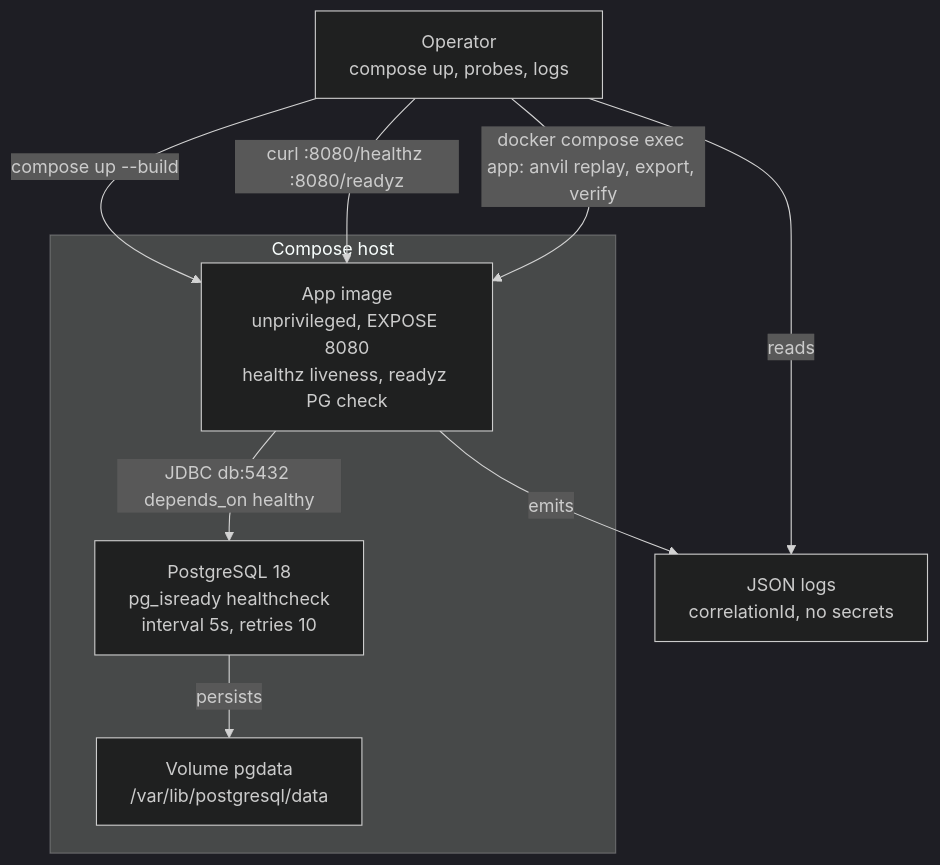
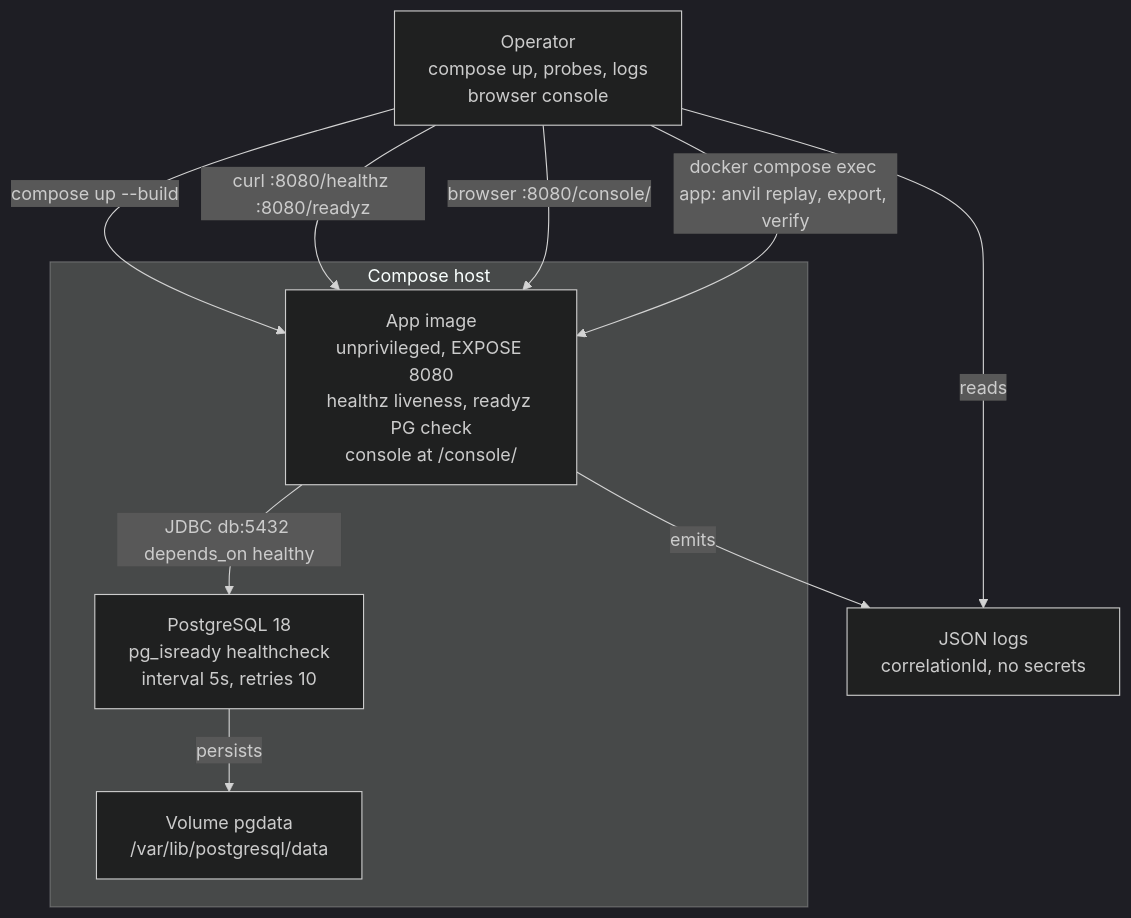
One commit to G1DO/anvil changed the diagram in docs/architecture/deployment.mmd. Above: the diagram before and after it, drawn with Mermaid (dark theme). The commit also changed 14 other files, not shown here.

First line of the commit message:
Add the operator console for jobs and replay (#77)

```diff
--- a/docs/architecture/deployment.mmd
+++ b/docs/architecture/deployment.mmd
@@ -1,15 +1,16 @@
 flowchart TB
-    operator["Operator<br/>compose up, probes, logs"]
+    operator["Operator<br/>compose up, probes, logs<br/>browser console"]
     subgraph host["Compose host"]
-        app["App image<br/>unprivileged, EXPOSE 8080<br/>healthz liveness, readyz PG check"]
+        app["App image<br/>unprivileged, EXPOSE 8080<br/>healthz liveness, readyz PG check<br/>console at /console/"]
         db["PostgreSQL 18<br/>pg_isready healthcheck<br/>interval 5s, retries 10"]
         pgdata["Volume pgdata<br/>/var/lib/postgresql/data"]
     end
     logs["JSON logs<br/>correlationId, no secrets"]
     operator -->|compose up --build| app
     operator -->|curl :8080/healthz :8080/readyz| app
+    operator -->|"browser :8080/console/"| app
     operator -->|reads| logs
     operator -->|"docker compose exec app: anvil replay, export, verify"| app
     app -->|JDBC db:5432 depends_on healthy| db
     app -->|emits| logs
     db -->|persists| pgdata
```
